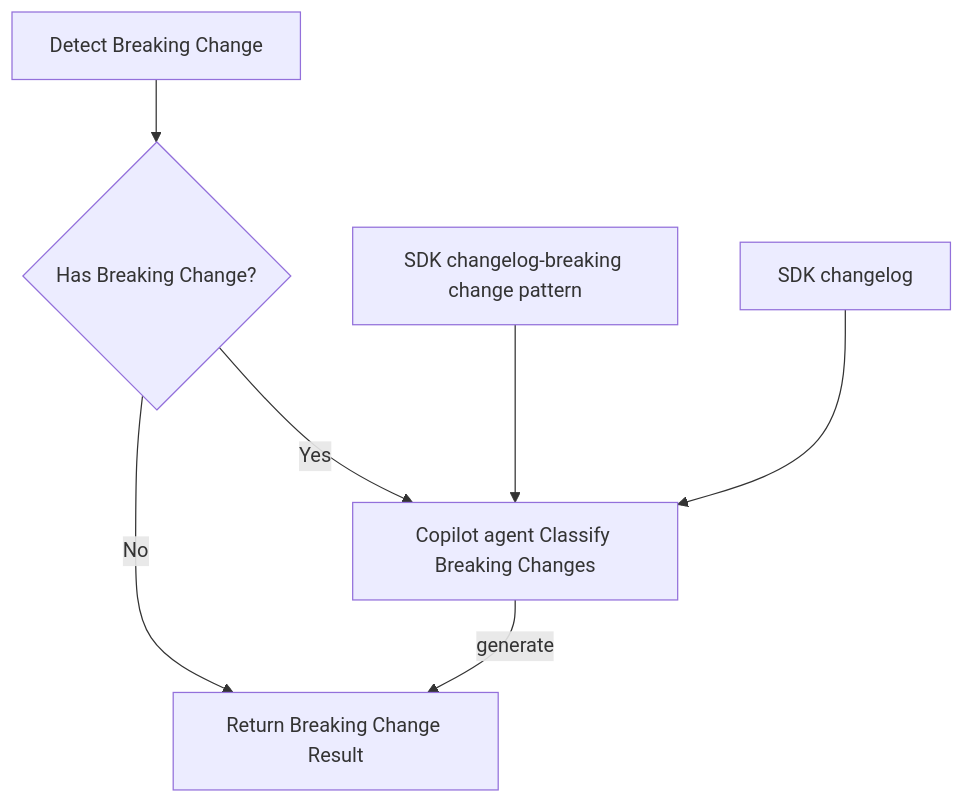
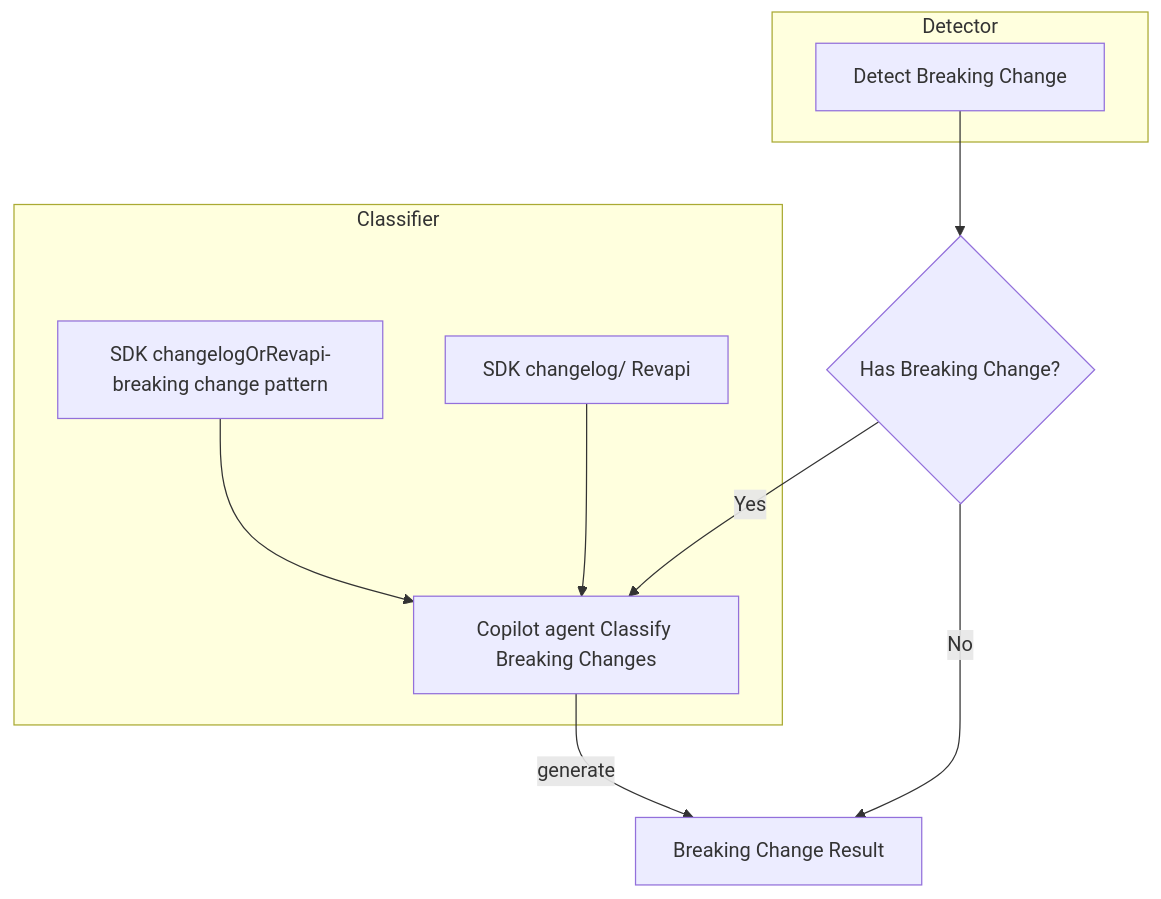
One commit to Azure/azure-sdk-tools changed the first of 2 diagrams in tools/azsdk-cli/docs/specs/sdk-breaking-change-detect.spec.md. Above: the diagram before and after it, drawn with Mermaid. The commit also changed other lines of this file, not shown here.

Commit message:
redraw the flowchart

````diff
--- a/tools/azsdk-cli/docs/specs/sdk-breaking-change-detect.spec.md
+++ b/tools/azsdk-cli/docs/specs/sdk-breaking-change-detect.spec.md
@@ -99,16 +100,24 @@
 ```mermaid
 flowchart TD
     A[Detect Breaking Change]
     B{Has Breaking Change?}
     C[Copilot agent Classify Breaking Changes]
-    D[Return Breaking Change Result]
-    E[SDK changelog-breaking change pattern]
-    F[SDK changelog]
+    D[Breaking Change Result]
+    E[SDK changelogOrRevapi-breaking change pattern]
+    F[SDK changelog/ Revapi]
+    subgraph Detector
+        A
+    end
+    subgraph Classifier
+        E
+        F
+        C
+    end
 
     A --> B
     B -- Yes --> C
     C --> |generate| D
     B -- No --> D
     E --> C
     F --> C
 ```
````
